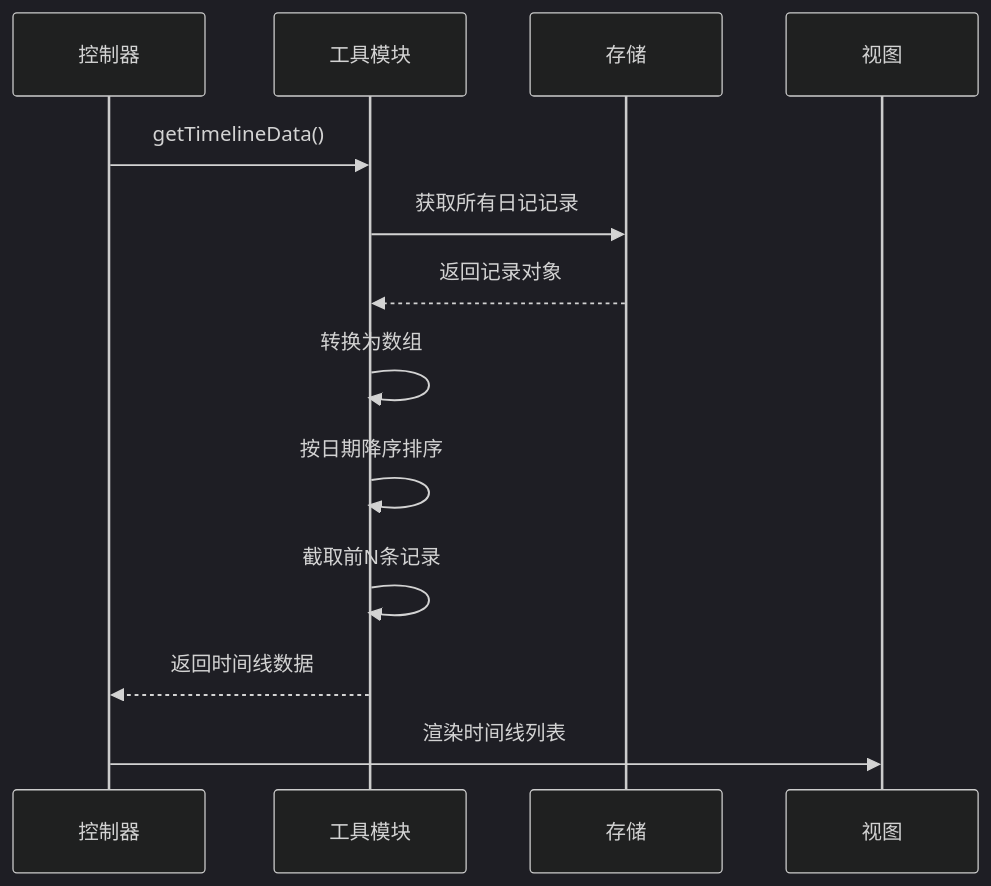
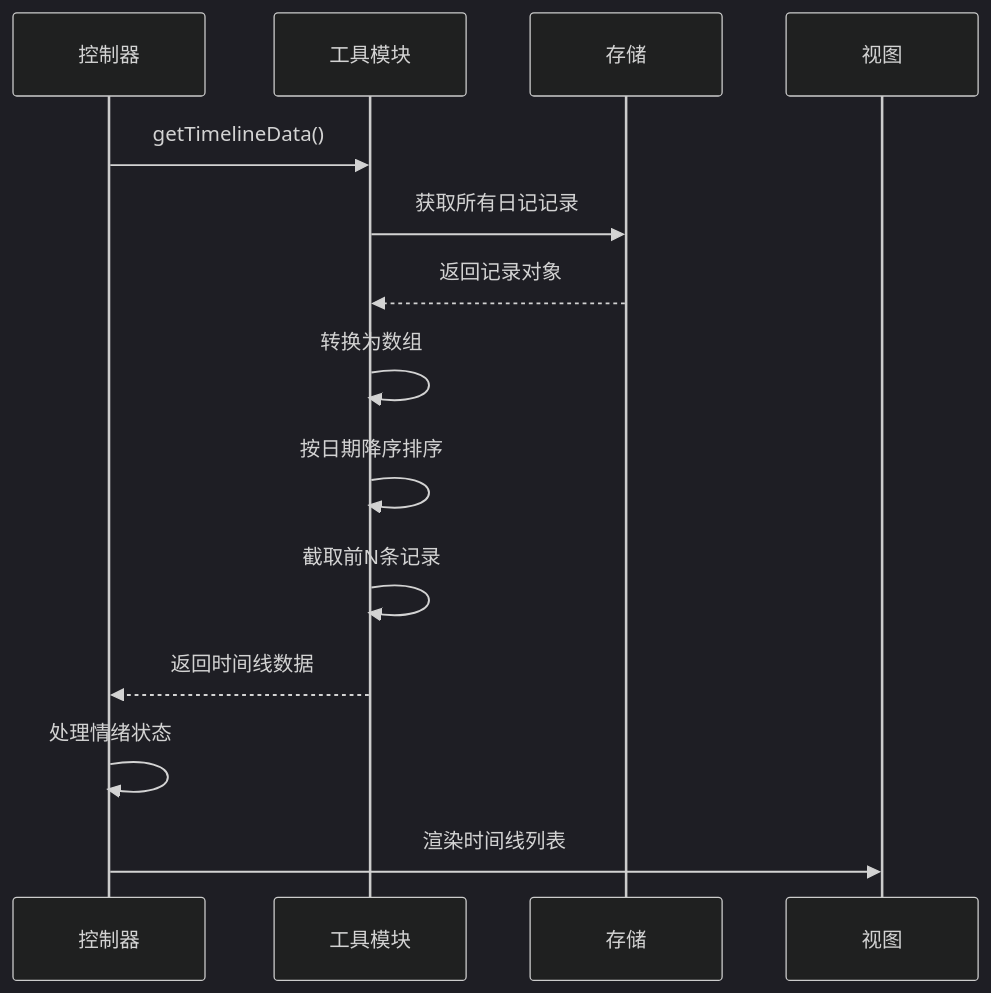
The fifth of 10 diagrams in .qoder/repowiki/zh/content/控制器系统/穿搭日记控制器.md (jeankeim/wuxing-fashion), drawn with Mermaid (dark theme) before and after one commit. The commit also changed other lines of this file and 27 other files, not shown here.

````diff
--- a/.qoder/repowiki/zh/content/控制器系统/穿搭日记控制器.md
+++ b/.qoder/repowiki/zh/content/控制器系统/穿搭日记控制器.md
@@ -251,15 +267,16 @@
 ```mermaid
 sequenceDiagram
 participant Controller as 控制器
 participant Utils as 工具模块
 participant Storage as 存储
 participant View as 视图
 Controller->>Utils : getTimelineData()
 Utils->>Storage : 获取所有日记记录
 Storage-->>Utils : 返回记录对象
 Utils->>Utils : 转换为数组
 Utils->>Utils : 按日期降序排序
 Utils->>Utils : 截取前N条记录
 Utils-->>Controller : 返回时间线数据
+Controller->>Controller : 处理情绪状态
 Controller->>View : 渲染时间线列表
 ```
````
